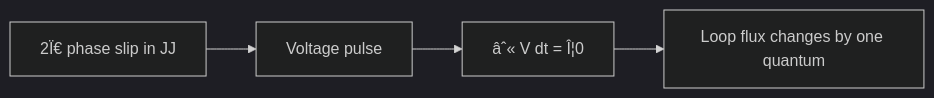
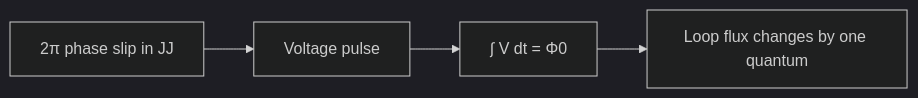
One commit to Single-Flux-Quantum/sfq-learn-public changed the first of 2 diagrams in docs/fundamentals/flux-quantization.md. Above: the diagram before and after it, drawn with Mermaid (dark theme). The commit also changed other lines of this file and 39 other files, not shown here.

````diff
--- a/docs/fundamentals/flux-quantization.md
+++ b/docs/fundamentals/flux-quantization.md
@@ -103,6 +103,6 @@
 ```mermaid
 flowchart LR
-  Slip["2Ï€ phase slip in JJ"] --> Pulse[Voltage pulse]
-  Pulse --> Area["âˆ« V dt = Î¦0"]
+  Slip["2π phase slip in JJ"] --> Pulse[Voltage pulse]
+  Pulse --> Area["∫ V dt = Φ0"]
   Area --> Loop["Loop flux changes by one quantum"]
 ```
````
